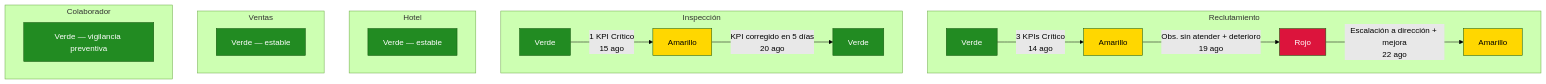
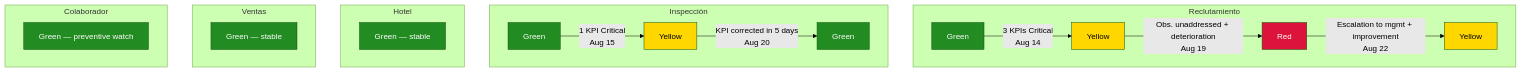
The diagram in Simulaciones/Simulación - Punto de Vista de QA.md (DevelopmentRWG/oranje-matrix-system), drawn with Mermaid (forest theme) before and after one commit. The commit also changed other lines of this file and 6 other files, not shown here.

````diff
--- a/Simulaciones/Simulación - Punto de Vista de QA.md
+++ b/Simulaciones/Simulación - Punto de Vista de QA.md
@@ -557,36 +557,36 @@
 ```mermaid
 graph TD
     subgraph Reclutamiento
-        R_V[Verde] -->|3 KPIs Crítico<br>14 ago| R_A[Amarillo]
-        R_A -->|Obs. sin atender + deterioro<br>19 ago| R_R[Rojo]
-        R_R -->|Escalación a dirección + mejora<br>22 ago| R_A2[Amarillo]
+        R_V[Green] -->|3 KPIs Critical<br>Aug 14| R_A[Yellow]
+        R_A -->|Obs. unaddressed + deterioration<br>Aug 19| R_R[Red]
+        R_R -->|Escalation to mgmt + improvement<br>Aug 22| R_A2[Yellow]
     end
 
     subgraph Inspección
-        I_V[Verde] -->|1 KPI Crítico<br>15 ago| I_A[Amarillo]
-        I_A -->|KPI corregido en 5 días<br>20 ago| I_V2[Verde]
+        I_V[Green] -->|1 KPI Critical<br>Aug 15| I_A[Yellow]
+        I_A -->|KPI corrected in 5 days<br>Aug 20| I_V2[Green]
     end
 
     subgraph Hotel
-        H_V[Verde — estable]
+        H_V[Green — stable]
     end
 
     subgraph Ventas
-        V_V[Verde — estable]
+        V_V[Green — stable]
     end
 
     subgraph Colaborador
-        C_V[Verde — vigilancia preventiva]
+        C_V[Green — preventive watch]
     end
 
     style R_V fill:#228B22,color:#fff
     style R_A fill:#FFD700,color:#000
     style R_R fill:#DC143C,color:#fff
     style R_A2 fill:#FFD700,color:#000
     style I_V fill:#228B22,color:#fff
     style I_A fill:#FFD700,color:#000
     style I_V2 fill:#228B22,color:#fff
     style H_V fill:#228B22,color:#fff
     style V_V fill:#228B22,color:#fff
     style C_V fill:#228B22,color:#fff
 ```
````
